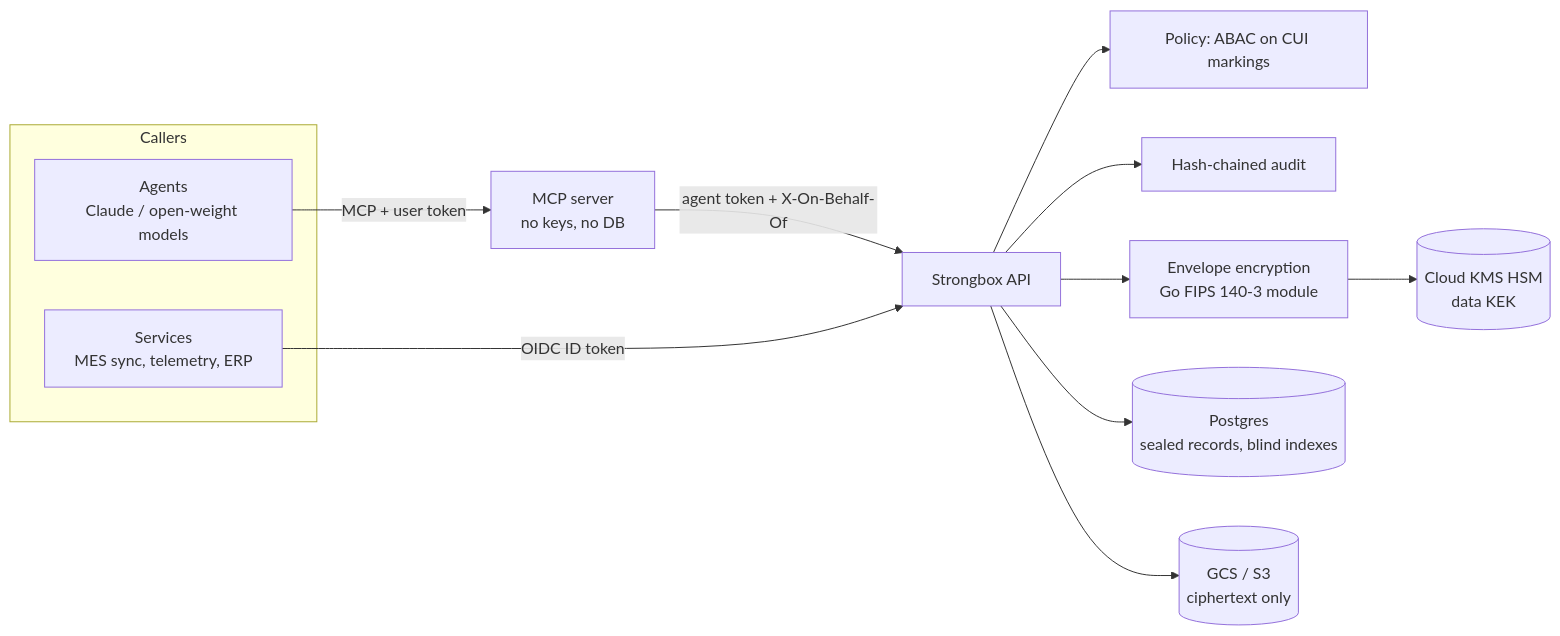
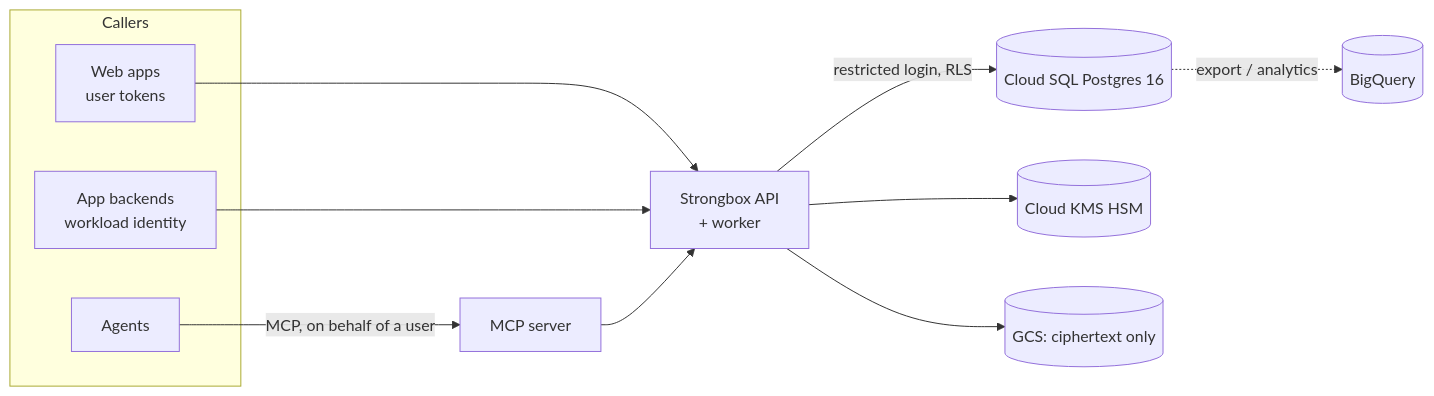
Before and after one commit to paulmalmquist/storage_relspace: the diagram in README.md, drawn with Mermaid. The commit also changed other lines of this file and 2 other files, not shown here.

First line of the commit message:
Rewrite the README for the app model; document contracts in the architecture

````diff
--- a/README.md
+++ b/README.md
@@ -13,16 +11,15 @@
 ```mermaid
 flowchart LR
   subgraph Callers
-    S[Services<br/>MES sync, telemetry, ERP]
-    A[Agents<br/>Claude / open-weight models]
+    W[Web apps<br/>user tokens]
+    S[App backends<br/>workload identity]
+    A[Agents]
   end
-  A -->|MCP + user token| M[MCP server<br/>no keys, no DB]
-  M -->|agent token + X-On-Behalf-Of| API
-  S -->|OIDC ID token| API[Strongbox API]
-  API --> P[Policy: ABAC on CUI markings]
-  API --> AU[Hash-chained audit]
-  API --> E[Envelope encryption<br/>Go FIPS 140-3 module]
-  E --> KMS[(Cloud KMS HSM<br/>data KEK)]
-  API --> PG[(Postgres<br/>sealed records, blind indexes)]
-  API --> OBJ[(GCS / S3<br/>ciphertext only)]
+  W --> API
+  S --> API[Strongbox API<br/>+ worker]
+  A -->|MCP, on behalf of a user| M[MCP server] --> API
+  API -->|restricted login, RLS| PG[(Cloud SQL Postgres 16)]
+  API --> KMS[(Cloud KMS HSM)]
+  API --> GCS[(GCS: ciphertext only)]
+  PG -.->|export / analytics| BQ[(BigQuery)]
 ```
````
